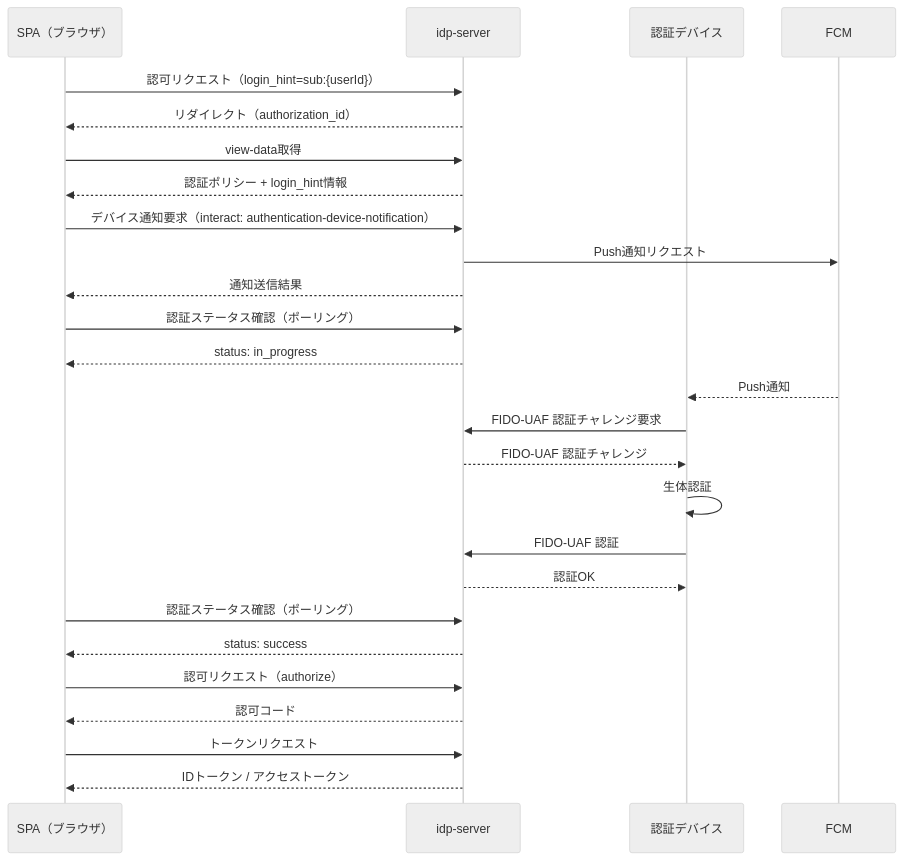
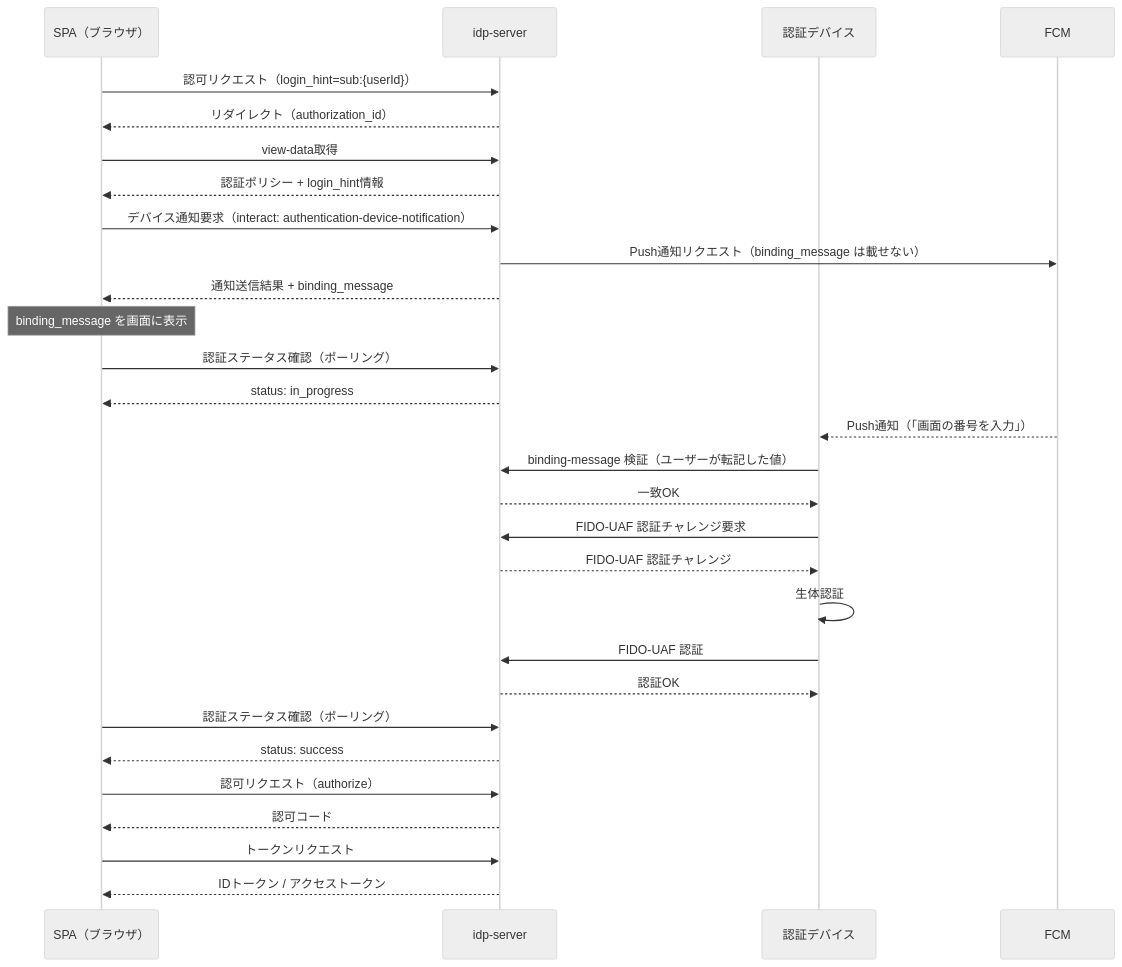
One commit to hirokazu-kobayashi-koba-hiro/idp-server changed the diagram in documentation/docs/content_05_how-to/phase-3-advanced/fido-uaf/04-authorization-code-flow.md. Above: the diagram before and after it, drawn with Mermaid (neutral theme). The commit also changed other lines of this file and 14 other files, not shown here.

````diff
--- a/documentation/docs/content_05_how-to/phase-3-advanced/fido-uaf/04-authorization-code-flow.md
+++ b/documentation/docs/content_05_how-to/phase-3-advanced/fido-uaf/04-authorization-code-flow.md
@@ -43,35 +43,38 @@
 ```mermaid
 sequenceDiagram
     participant SPA as SPA（ブラウザ）
     participant idp as idp-server
     participant Device as 認証デバイス
     participant fcm as FCM
 
     SPA ->> idp: 認可リクエスト（login_hint=sub:{userId}）
     idp -->> SPA: リダイレクト（authorization_id）
     SPA ->> idp: view-data取得
     idp -->> SPA: 認証ポリシー + login_hint情報
 
     SPA ->> idp: デバイス通知要求（interact: authentication-device-notification）
-    idp ->> fcm: Push通知リクエスト
-    idp -->> SPA: 通知送信結果
+    idp ->> fcm: Push通知リクエスト（binding_message は載せない）
+    idp -->> SPA: 通知送信結果 + binding_message
+    Note over SPA: binding_message を画面に表示
 
     SPA ->> idp: 認証ステータス確認（ポーリング）
     idp -->> SPA: status: in_progress
 
-    fcm -->> Device: Push通知
+    fcm -->> Device: Push通知（「画面の番号を入力」）
+    Device ->> idp: binding-message 検証（ユーザーが転記した値）
+    idp -->> Device: 一致OK
     Device ->> idp: FIDO-UAF 認証チャレンジ要求
     idp -->> Device: FIDO-UAF 認証チャレンジ
     Device ->> Device: 生体認証
     Device ->> idp: FIDO-UAF 認証
     idp -->> Device: 認証OK
 
     SPA ->> idp: 認証ステータス確認（ポーリング）
     idp -->> SPA: status: success
 
     SPA ->> idp: 認可リクエスト（authorize）
     idp -->> SPA: 認可コード
 
     SPA ->> idp: トークンリクエスト
     idp -->> SPA: IDトークン / アクセストークン
 ```
````
